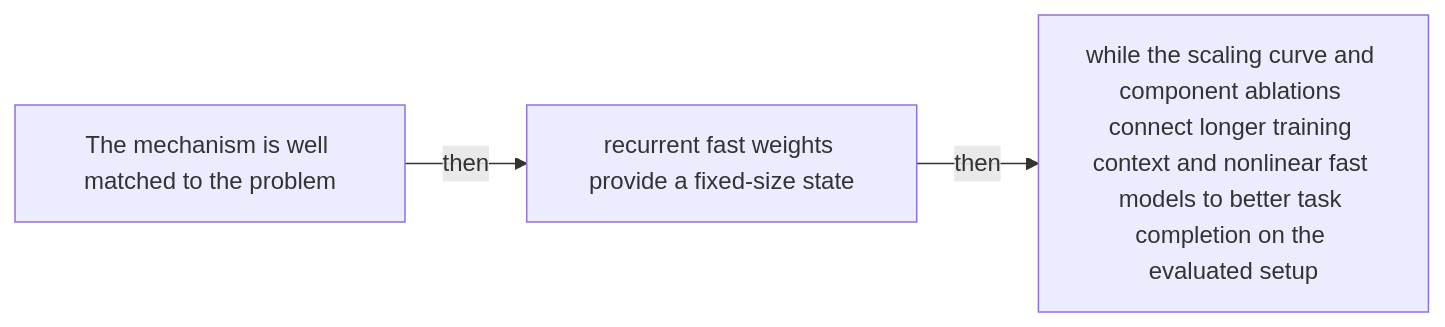
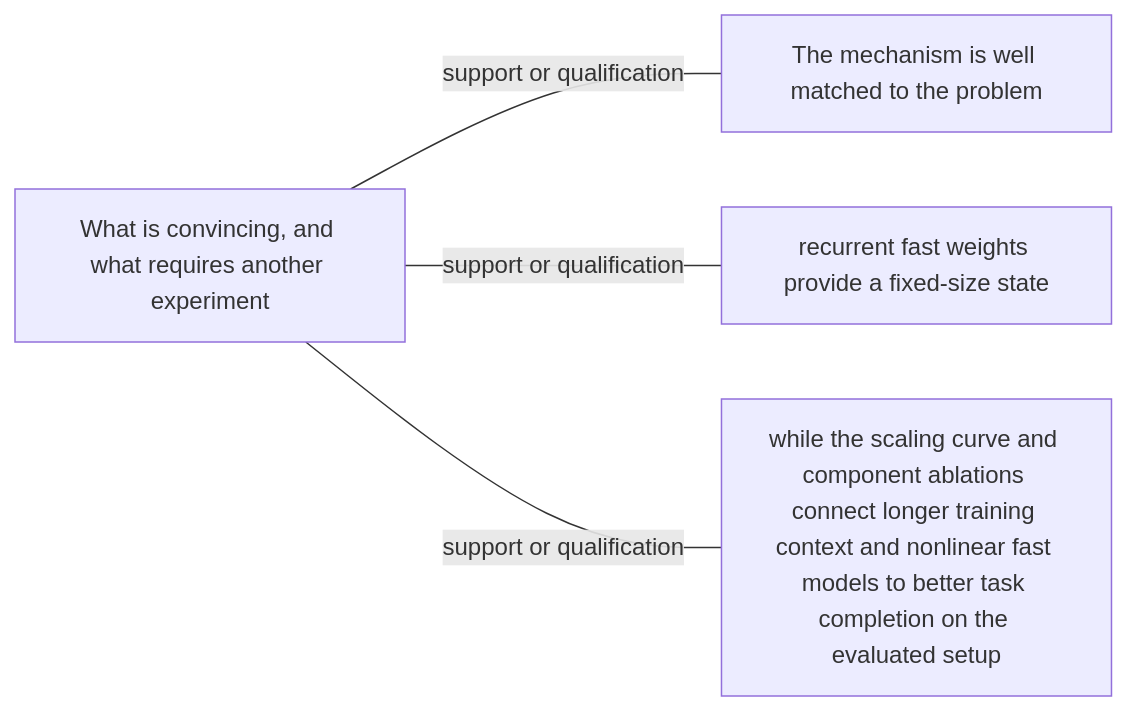
One commit to Betancourt1/paper_atlas changed diagram 45 of 48 in docs/visual-manifests/VISUAL_MANIFEST_ROBOTT.md. Above: the diagram before and after it, drawn with Mermaid. The commit also changed other lines of this file and 7 other files, not shown here.

````diff
--- a/docs/visual-manifests/VISUAL_MANIFEST_ROBOTT.md
+++ b/docs/visual-manifests/VISUAL_MANIFEST_ROBOTT.md
@@ -3772,8 +3781,10 @@
 ```mermaid
 flowchart LR
-  n1["The mechanism is well matched to the problem"]
-  n2["recurrent fast weights provide a fixed-size state"]
-  n3["while the scaling curve and component ablations connect longer training context and nonlinear fast models to better task completion on the evaluated setup"]
-  n1 -->|"then"| n2
-  n2 -->|"then"| n3
+  center["What is convincing, and what requires another experiment"]
+  f1["The mechanism is well matched to the problem"]
+  f2["recurrent fast weights provide a fixed-size state"]
+  f3["while the scaling curve and component ablations connect longer training context and nonlinear fast models to better task completion on the evaluated setup"]
+  center ---|"support or qualification"| f1
+  center ---|"support or qualification"| f2
+  center ---|"support or qualification"| f3
 ```
````
